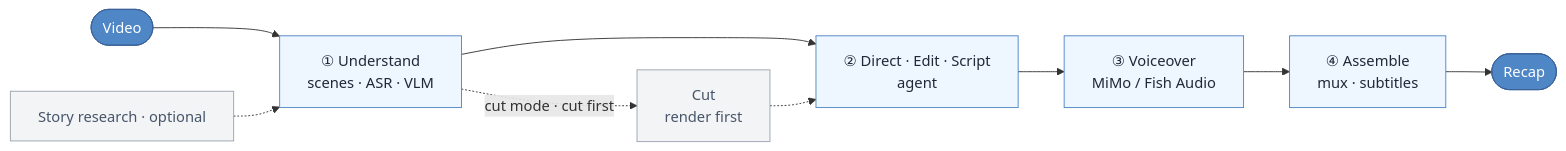
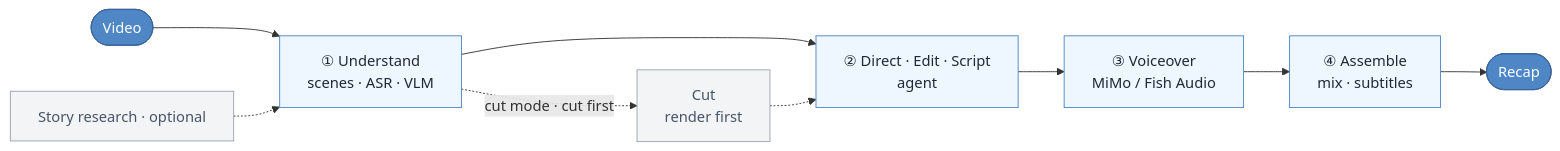
Before and after one commit to zenstory-ai/video-recap-skills: the diagram in README.en.md, drawn with Mermaid. The commit also changed other lines of this file and 2 other files, not shown here.

````diff
--- a/README.en.md
+++ b/README.en.md
@@ -51,13 +331,13 @@
 ```mermaid
 flowchart LR
     video(["Video"]) --> understand["① Understand<br/>scenes · ASR · VLM"]
     research["Story research · optional"] -.-> understand
-    understand --> script["② Direct · Edit · Script<br/>agent"] --> voiceover["③ Voiceover<br/>MiMo / Fish Audio"] --> assemble["④ Assemble<br/>mux · subtitles"] --> output(["Recap"])
+    understand --> script["② Direct · Edit · Script<br/>agent"] --> voiceover["③ Voiceover<br/>MiMo / Fish Audio"] --> assemble["④ Assemble<br/>mix · subtitles"] --> output(["Recap"])
     understand -. cut mode · cut first .-> cut["Cut<br/>render first"] -.-> script
     classDef io fill:#4f86c6,stroke:#3a6298,color:#fff;
     classDef stage fill:#eef6ff,stroke:#4f86c6,color:#1f2937;
     classDef opt fill:#f3f4f6,stroke:#9ca3af,color:#475569;
     class video,output io;
     class understand,script,voiceover,assemble stage;
     class research,cut opt;
 ```
````
